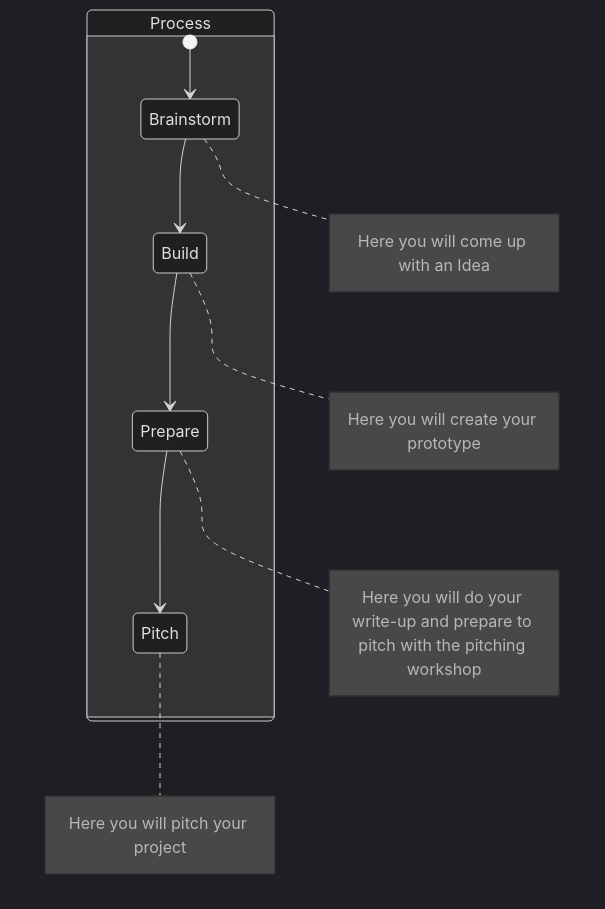
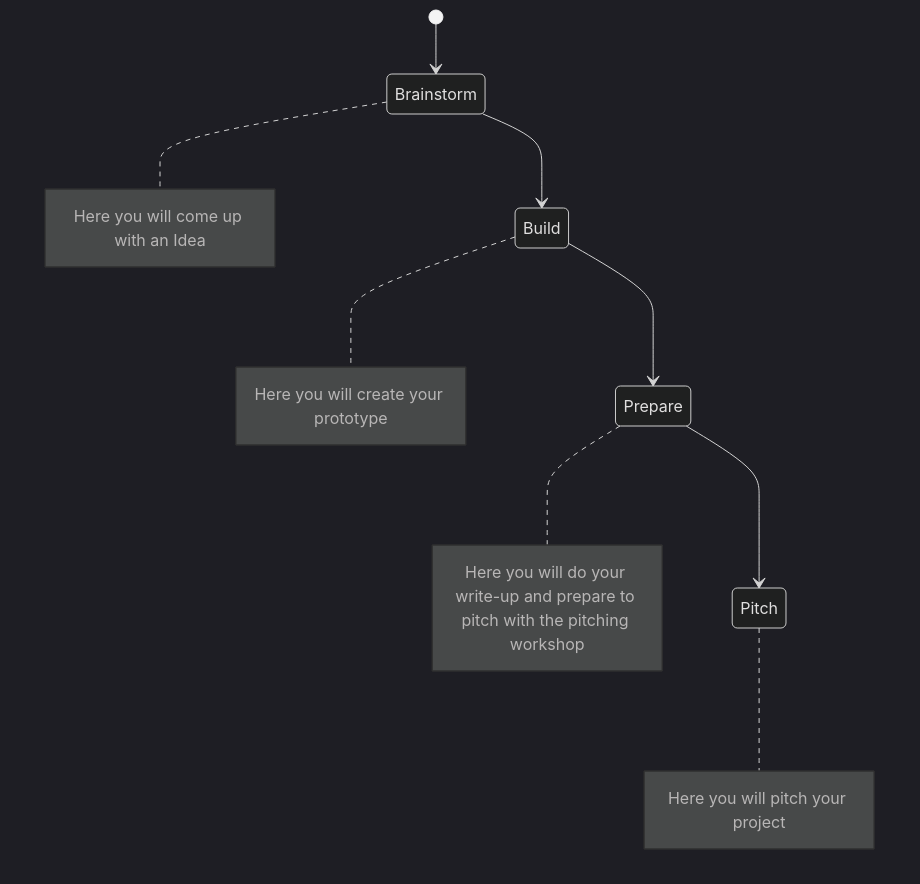
The diagram in innov-challenge.md (gemssingaporestudentcouncil/innovationweek2020), drawn with Mermaid (dark theme) before and after one commit.

```diff
--- a/innov-challenge.md
+++ b/innov-challenge.md
@@ -21,17 +21,12 @@
 <div class="mermaid">
     stateDiagram
-    Process
-
-    state Process {
+    
         [*] --> Brainstorm
         Brainstorm --> Build
         Build --> Prepare
         Prepare --> Pitch
         note right of Brainstorm: Here you will come up with an Idea
         note right of Build: Here you will create your prototype
         note right of Prepare: Here you will do your write-up and prepare to pitch with the pitching workshop
         note right of Pitch: Here you will pitch your project
-
-       
-    }
 </div>
```
